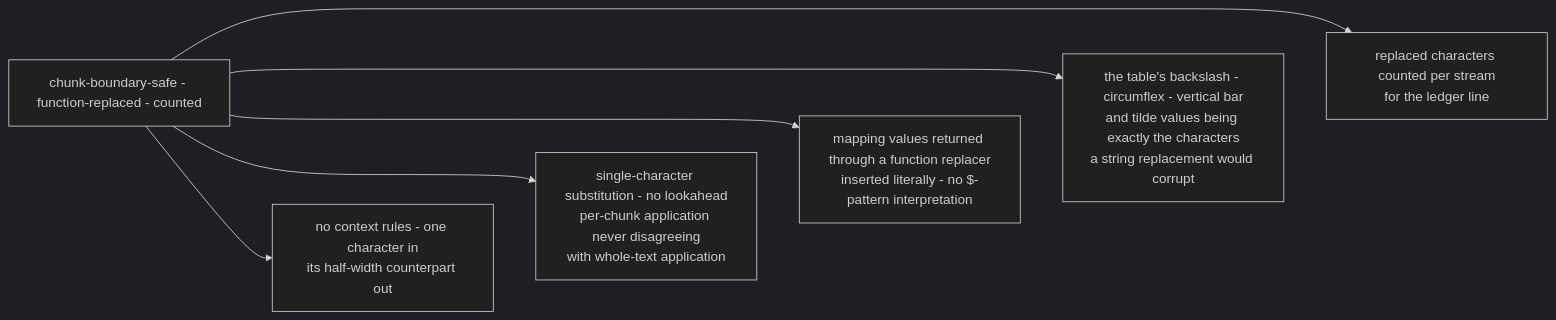
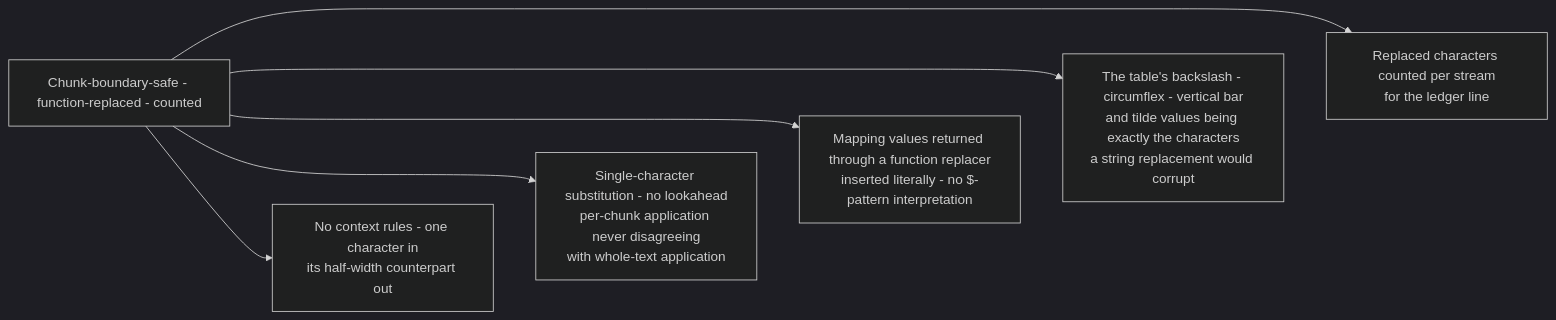
Before and after one commit to PlayForm/Site-DeepSeek: the diagram in Source/Content/Mermaid/fullwidth-mechanics.mmd, drawn with Mermaid (dark theme). The commit also changed 141 other files, not shown here.

```diff
--- a/Source/Content/Mermaid/fullwidth-mechanics.mmd
+++ b/Source/Content/Mermaid/fullwidth-mechanics.mmd
@@ -1,16 +1,16 @@
 flowchart LR
-	MECH["chunk-boundary-safe - function-replaced - counted"]
-	N1["no context rules - one character in<br/>its half-width counterpart out"]
-	N2["single-character substitution - no lookahead<br/>per-chunk application never disagreeing<br/>with whole-text application"]
-	N3["mapping values returned through a function replacer<br/>inserted literally - no $-pattern interpretation"]
-	N4["the table's backslash - circumflex - vertical bar<br/>and tilde values being exactly the characters<br/>a string replacement would corrupt"]
-	N5["replaced characters counted per stream<br/>for the ledger line"]
+	MECH["Chunk-boundary-safe - function-replaced - counted"]
+	N1["No context rules - one character in<br/>its half-width counterpart out"]
+	N2["Single-character substitution - no lookahead<br/>per-chunk application never disagreeing<br/>with whole-text application"]
+	N3["Mapping values returned through a function replacer<br/>inserted literally - no $-pattern interpretation"]
+	N4["The table's backslash - circumflex - vertical bar<br/>and tilde values being exactly the characters<br/>a string replacement would corrupt"]
+	N5["Replaced characters counted per stream<br/>for the ledger line"]
 	MECH --> N1
 	MECH --> N2
 	MECH --> N3
 	MECH --> N4
 	MECH --> N5
 	N1 ~~~ N2
 	N2 ~~~ N3
 	N3 ~~~ N4
 	N4 ~~~ N5
```
